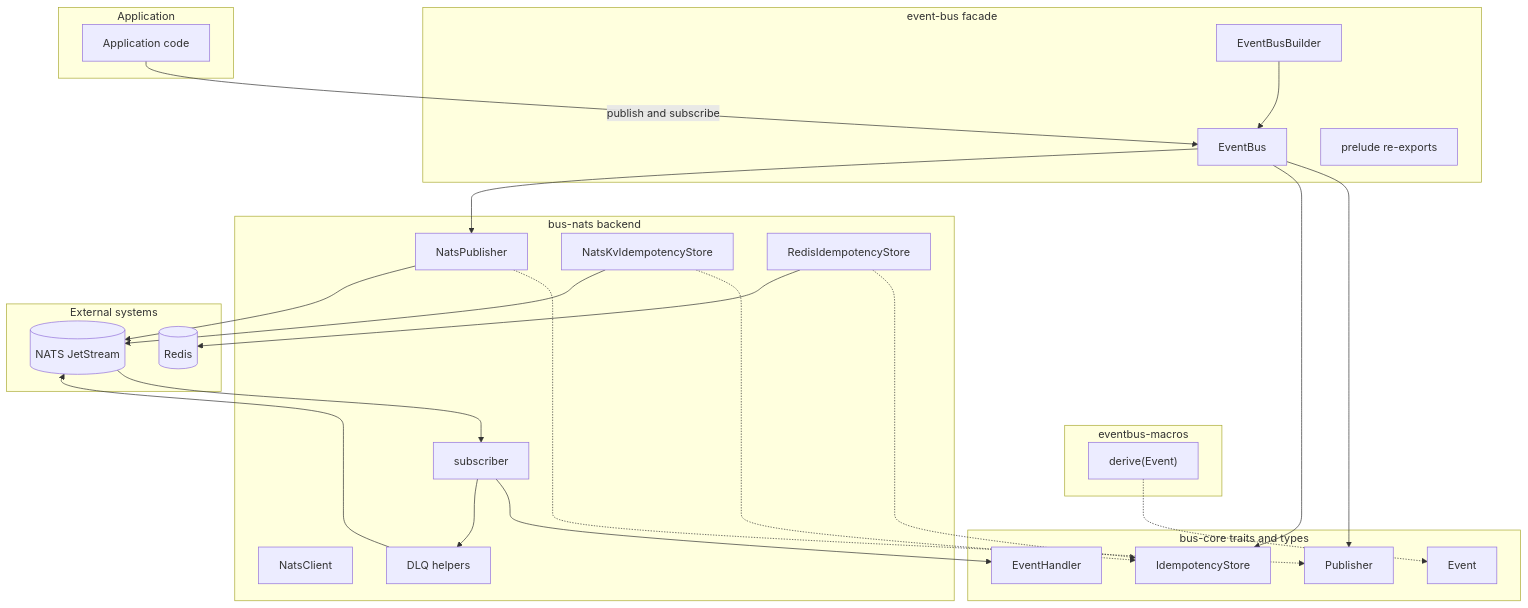
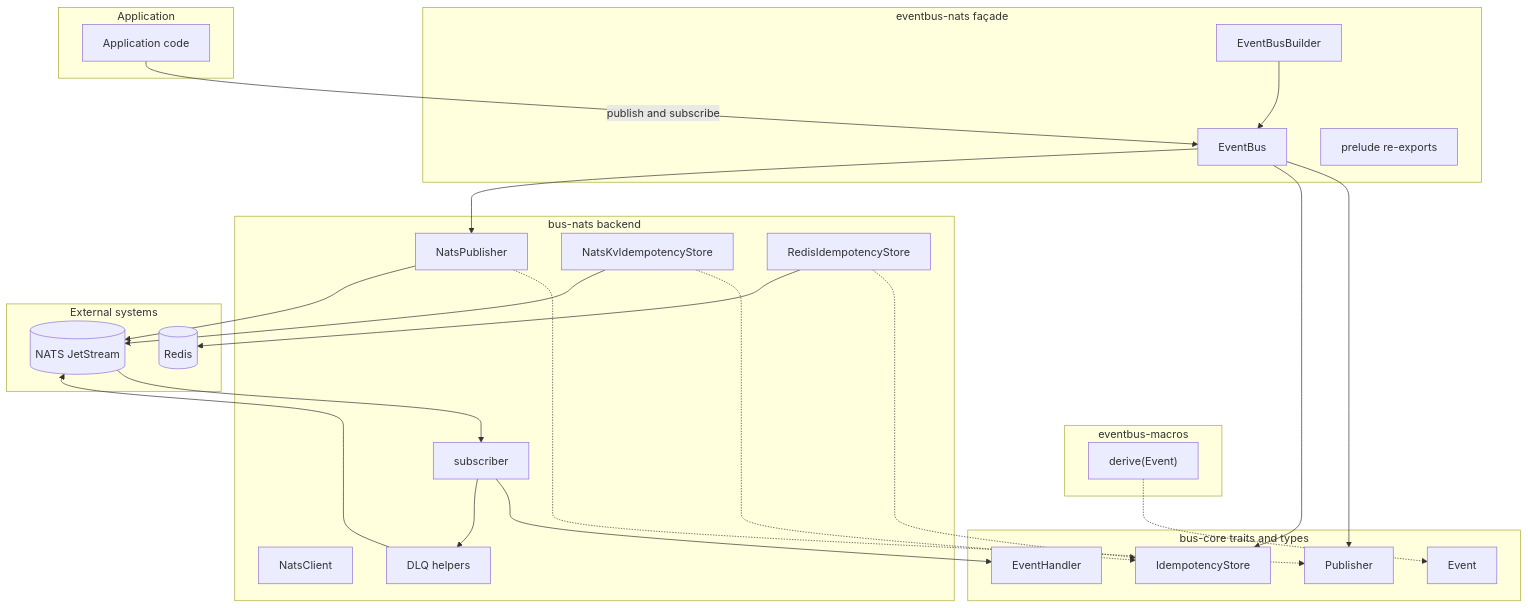
The diagram in docs/diagrams/component-diagram.md (scriptkid23/eventbus-rs), drawn with Mermaid before and after one commit. The commit also changed 11 other files, not shown here.

First line of the commit message:
refactor: rename `event-bus` to `eventbus-nats` and update related dependencies

````diff
--- a/docs/diagrams/component-diagram.md
+++ b/docs/diagrams/component-diagram.md
@@ -5,56 +5,56 @@
 ```mermaid
 flowchart TB
     subgraph application [Application]
         appCode["Application code"]
     end
 
-    subgraph eventBus [event-bus facade]
+    subgraph eventBus [eventbus-nats façade]
         builder["EventBusBuilder"]
         bus["EventBus"]
         prelude["prelude re-exports"]
     end
 
     subgraph busCore [bus-core traits and types]
         eventTrait["Event"]
         publisherTrait["Publisher"]
         handlerTrait["EventHandler"]
         idempotencyTrait["IdempotencyStore"]
     end
 
     subgraph busMacros [eventbus-macros]
         deriveEvent["derive(Event)"]
     end
 
     subgraph busNats [bus-nats backend]
         natsClient["NatsClient"]
         natsPublisher["NatsPublisher"]
         subscriber["subscriber"]
         dlq["DLQ helpers"]
         kvStore["NatsKvIdempotencyStore"]
         redisStore["RedisIdempotencyStore"]
     end
 
     subgraph external [External systems]
         jetstream[("NATS JetStream")]
         redis[("Redis")]
     end
 
     deriveEvent -.-> eventTrait
     builder --> bus
     bus --> publisherTrait
     bus --> idempotencyTrait
     natsPublisher -.-> publisherTrait
     kvStore -.-> idempotencyTrait
     redisStore -.-> idempotencyTrait
 
     appCode -->|"publish and subscribe"| bus
     bus --> natsPublisher
     natsPublisher --> jetstream
 
     jetstream --> subscriber
     subscriber --> handlerTrait
     subscriber --> dlq
     dlq --> jetstream
     kvStore --> jetstream
     redisStore --> redis
 ```
````
